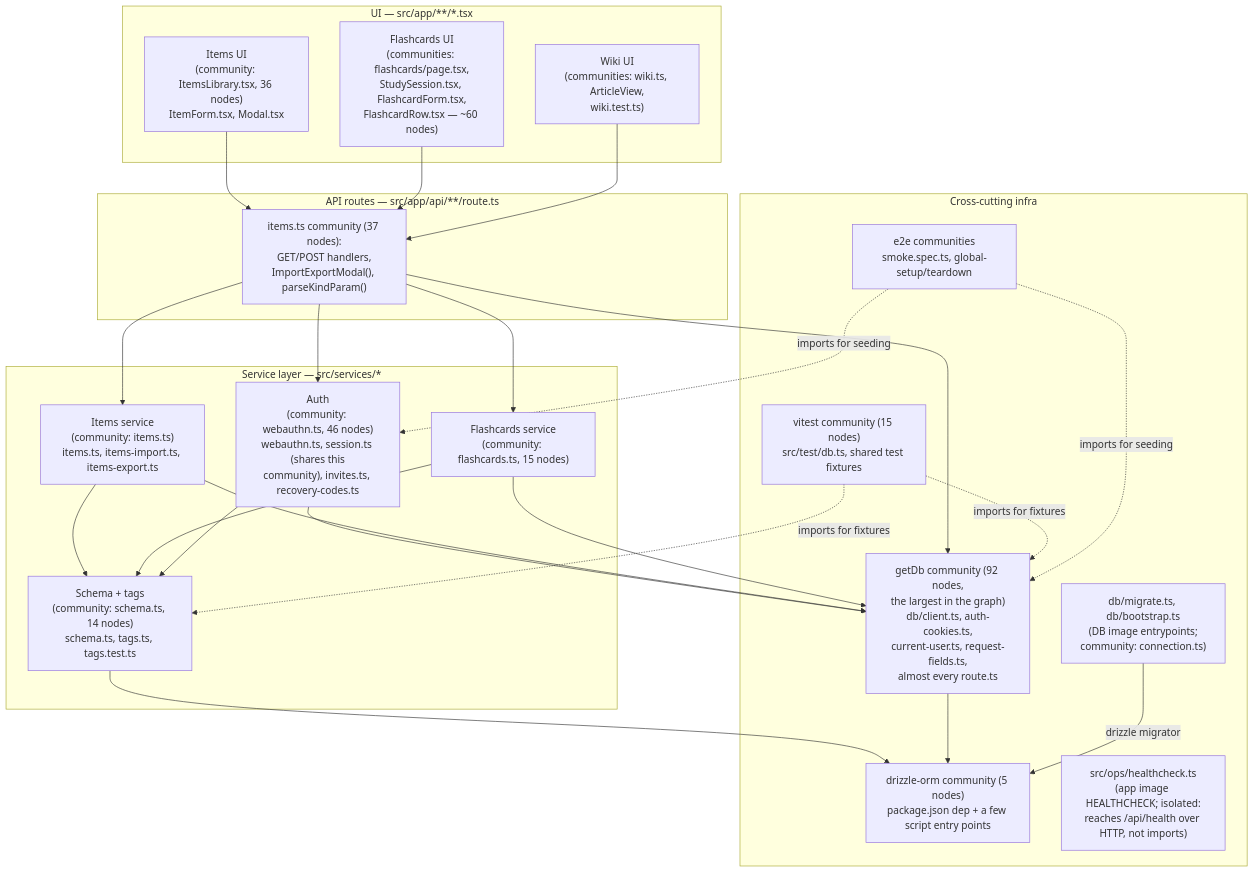
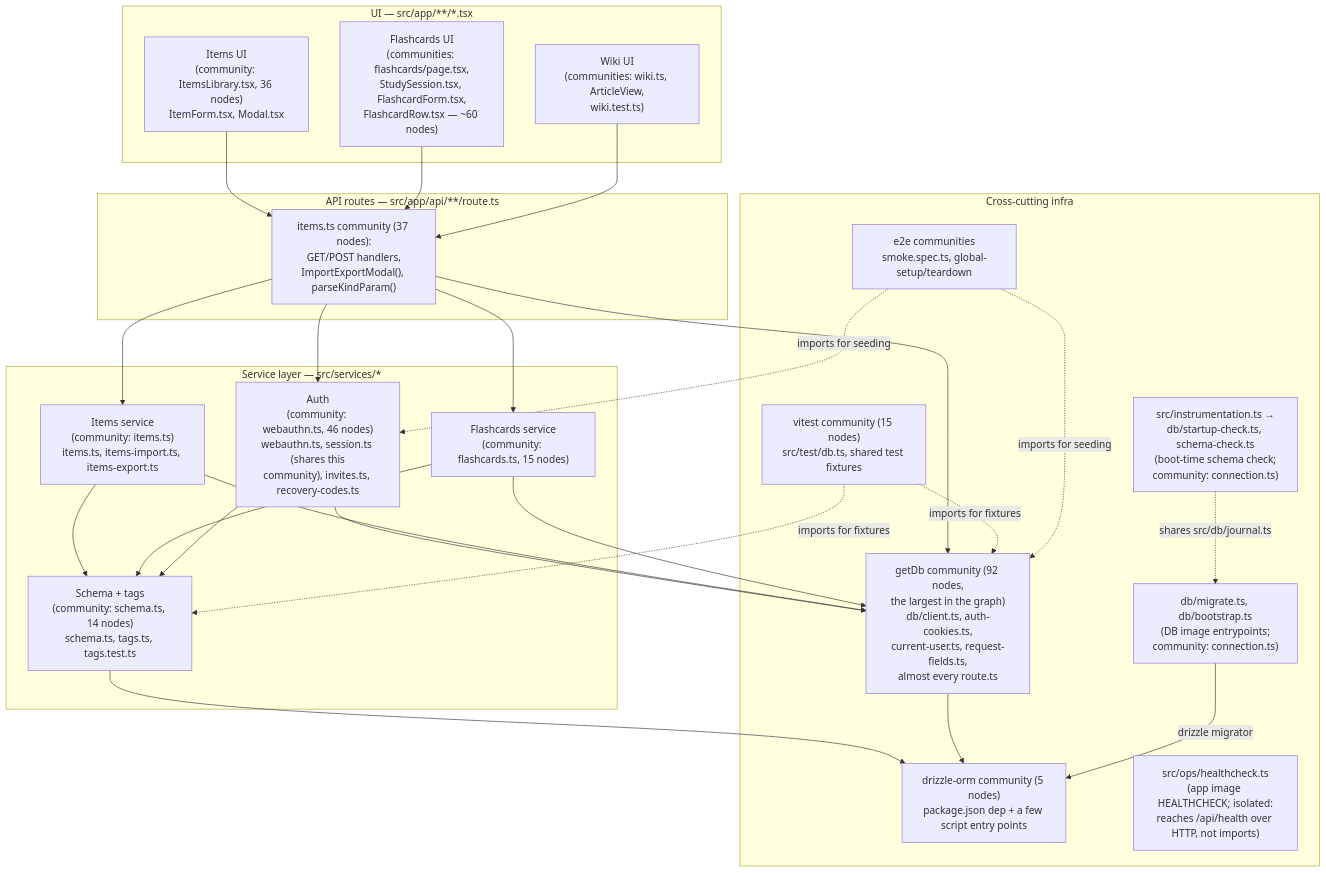
The diagram in docs/architecture/module-structure.md (sgspinola/pensieve), drawn with Mermaid before and after one commit. The commit also changed other lines of this file and 13 other files, not shown here.

First line of the commit message:
feat(db): two-sided startup schema check (ticket 44) (#73)

````diff
--- a/docs/architecture/module-structure.md
+++ b/docs/architecture/module-structure.md
@@ -11,53 +11,55 @@
 ```mermaid
 flowchart TB
     subgraph UI["UI — src/app/**/*.tsx"]
         ItemsUI["Items UI<br/>(community: ItemsLibrary.tsx, 36 nodes)<br/>ItemForm.tsx, Modal.tsx"]
         FlashcardsUI["Flashcards UI<br/>(communities: flashcards/page.tsx,<br/>StudySession.tsx, FlashcardForm.tsx,<br/>FlashcardRow.tsx — ~60 nodes)"]
         WikiUI["Wiki UI<br/>(communities: wiki.ts, ArticleView,<br/>wiki.test.ts)"]
     end
 
     subgraph Routes["API routes — src/app/api/**/route.ts"]
         RoutesGroup["items.ts community (37 nodes):<br/>GET/POST handlers,<br/>ImportExportModal(), parseKindParam()"]
     end
 
     subgraph Services["Service layer — src/services/*"]
         AuthMod["Auth<br/>(community: webauthn.ts, 46 nodes)<br/>webauthn.ts, session.ts (shares this<br/>community), invites.ts, recovery-codes.ts"]
         ItemsMod["Items service<br/>(community: items.ts)<br/>items.ts, items-import.ts, items-export.ts"]
         FlashcardsMod["Flashcards service<br/>(community: flashcards.ts, 15 nodes)"]
         SchemaMod["Schema + tags<br/>(community: schema.ts, 14 nodes)<br/>schema.ts, tags.ts, tags.test.ts"]
     end
 
     subgraph Infra["Cross-cutting infra"]
         GetDb["getDb community (92 nodes,<br/>the largest in the graph)<br/>db/client.ts, auth-cookies.ts,<br/>current-user.ts, request-fields.ts,<br/>almost every route.ts"]
         DrizzleMod["drizzle-orm community (5 nodes)<br/>package.json dep + a few script entry points"]
         TestMod["vitest community (15 nodes)<br/>src/test/db.ts, shared test fixtures"]
         E2EMod["e2e communities<br/>smoke.spec.ts, global-setup/teardown"]
         OpsMod["src/ops/healthcheck.ts<br/>(app image HEALTHCHECK; isolated:<br/>reaches /api/health over HTTP, not imports)"]
         DbImgMod["db/migrate.ts, db/bootstrap.ts<br/>(DB image entrypoints;<br/>community: connection.ts)"]
+        StartupMod["src/instrumentation.ts →<br/>db/startup-check.ts, schema-check.ts<br/>(boot-time schema check;<br/>community: connection.ts)"]
     end
 
     ItemsUI --> RoutesGroup
     FlashcardsUI --> RoutesGroup
     WikiUI --> RoutesGroup
 
     RoutesGroup --> AuthMod
     RoutesGroup --> ItemsMod
     RoutesGroup --> FlashcardsMod
     RoutesGroup --> GetDb
 
     ItemsMod --> SchemaMod
     FlashcardsMod --> SchemaMod
     AuthMod --> SchemaMod
     AuthMod --> GetDb
     ItemsMod --> GetDb
     FlashcardsMod --> GetDb
 
     SchemaMod --> DrizzleMod
     GetDb --> DrizzleMod
 
     TestMod -.->|imports for fixtures| GetDb
     TestMod -.->|imports for fixtures| SchemaMod
     E2EMod -.->|imports for seeding| GetDb
     E2EMod -.->|imports for seeding| AuthMod
     DbImgMod -->|"drizzle migrator"| DrizzleMod
+    StartupMod -.->|"shares src/db/journal.ts"| DbImgMod
 ```
````
